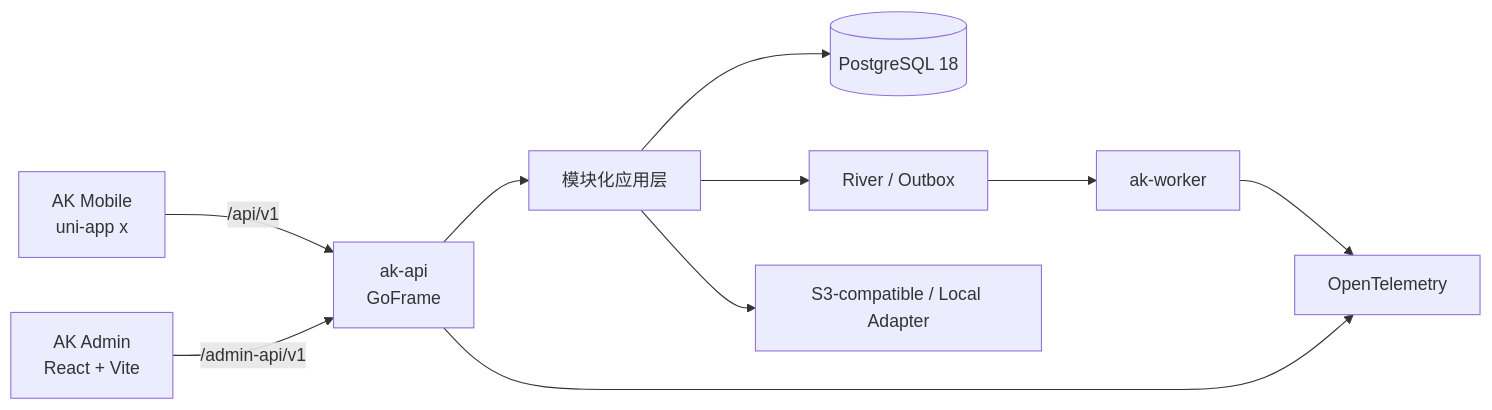
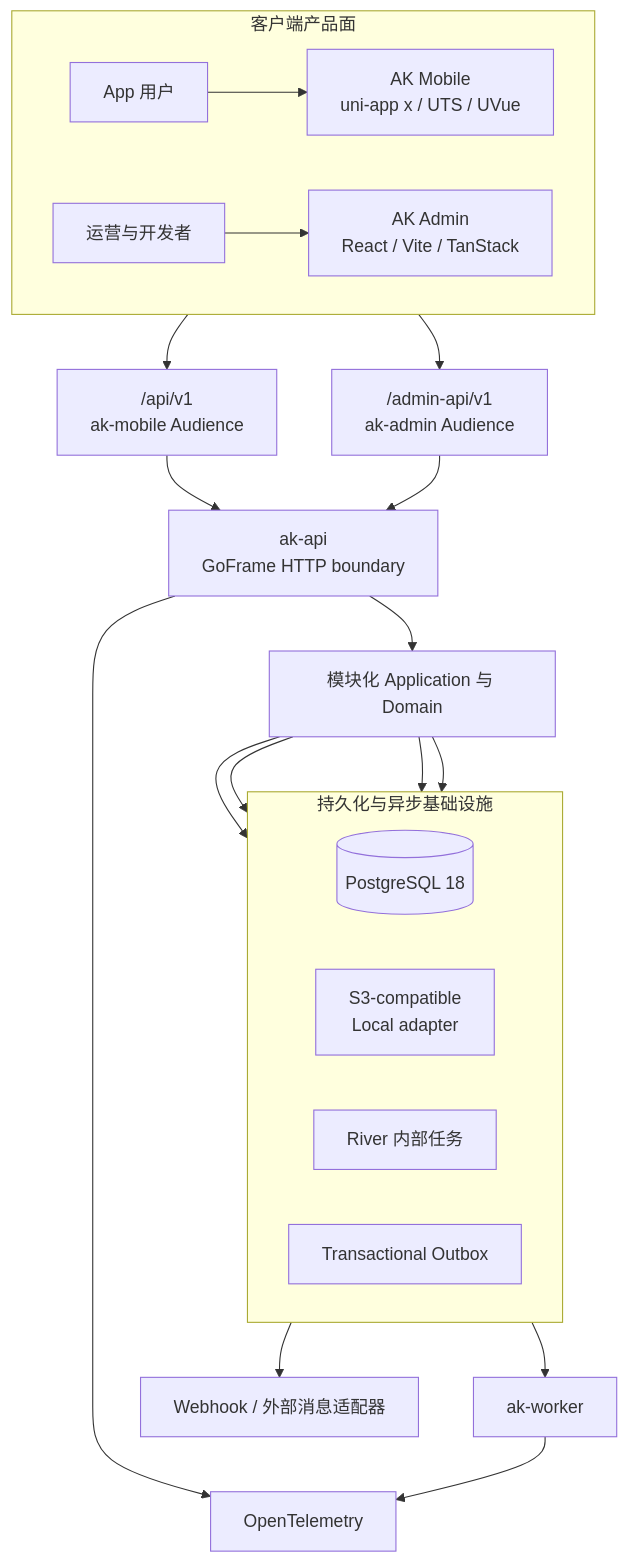
Before and after one commit to Payhon/AppKernia: the first of 4 diagrams in apps/ak-docs/docs/zh-CN/concepts/architecture.md, drawn with Mermaid. The commit also changed other lines of this file and 65 other files, not shown here.

Commit message:
feat(docs): enrich architecture and project story

````diff
--- a/apps/ak-docs/docs/zh-CN/concepts/architecture.md
+++ b/apps/ak-docs/docs/zh-CN/concepts/architecture.md
@@ -8,12 +12,30 @@
 ```mermaid
-flowchart LR
-  Mobile["AK Mobile<br/>uni-app x"] -->|"/api/v1"| API["ak-api<br/>GoFrame"]
-  Admin["AK Admin<br/>React + Vite"] -->|"/admin-api/v1"| API
-  API --> Modules["模块化应用层"]
-  Modules --> PG[("PostgreSQL 18")]
-  Modules --> Queue["River / Outbox"]
-  Queue --> Worker["ak-worker"]
-  Modules --> Storage["S3-compatible / Local Adapter"]
+flowchart TB
+  accTitle: AppKernia 三端总体架构
+  accDescr: Mobile 通过 App API，Admin 通过 Admin API 进入同一个模块化服务端；服务端使用 PostgreSQL、对象存储、任务队列和可观测能力。
+  subgraph Clients["客户端产品面"]
+    direction LR
+    User["App 用户"] --> Mobile["AK Mobile<br/>uni-app x / UTS / UVue"]
+    Operator["运营与开发者"] --> Admin["AK Admin<br/>React / Vite / TanStack"]
+  end
+  Mobile --> AppBoundary["/api/v1<br/>ak-mobile Audience"]
+  Admin --> AdminBoundary["/admin-api/v1<br/>ak-admin Audience"]
+  AppBoundary --> API["ak-api<br/>GoFrame HTTP boundary"]
+  AdminBoundary --> API
+  API --> Modules["模块化 Application 与 Domain"]
+  subgraph Foundations["持久化与异步基础设施"]
+    direction LR
+    PG[("PostgreSQL 18")]
+    Storage["S3-compatible<br/>Local adapter"]
+    River["River 内部任务"]
+    Outbox["Transactional Outbox"]
+  end
+  Modules --> PG
+  Modules --> Storage
+  Modules --> River
+  Modules --> Outbox
+  River --> Worker["ak-worker"]
+  Outbox --> Integrations["Webhook / 外部消息适配器"]
   API --> OTel["OpenTelemetry"]
   Worker --> OTel
 ```
````
